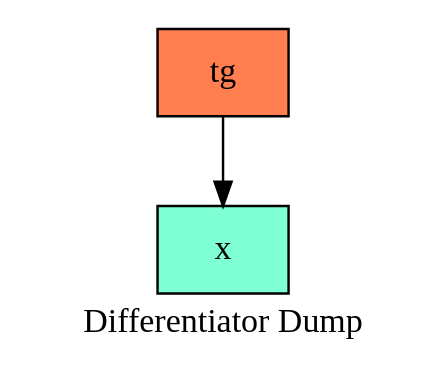
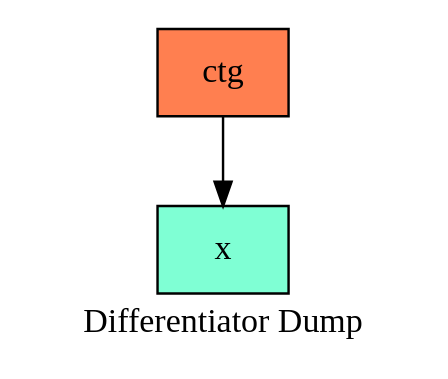
The diagram in log/dot/treegraph_0.dot (aidenfmunro/Differentiator), drawn with Graphviz before and after one commit. The commit also changed 6 other files, not shown here.

```diff
--- a/log/dot/treegraph_0.dot
+++ b/log/dot/treegraph_0.dot
@@ -1,9 +1,9 @@
   digraph tree  {
   node[   shape     = "Mrecord",  style     = "filled",  fillcolor = "aqua",  fontcolor = "#000000",  margin    = "0.075"];
   rankdir   = "TB";
 
   label     = "Differentiator Dump";
-"node0" [shape = "record", label = "{tg}", fillcolor = "coral"]
+"node0" [shape = "record", label = "{ctg}", fillcolor = "coral"]
 "node1" [shape = "record", label = "{x}", fillcolor = "aquamarine"]
 "node0" -> "node1"
   }
```
